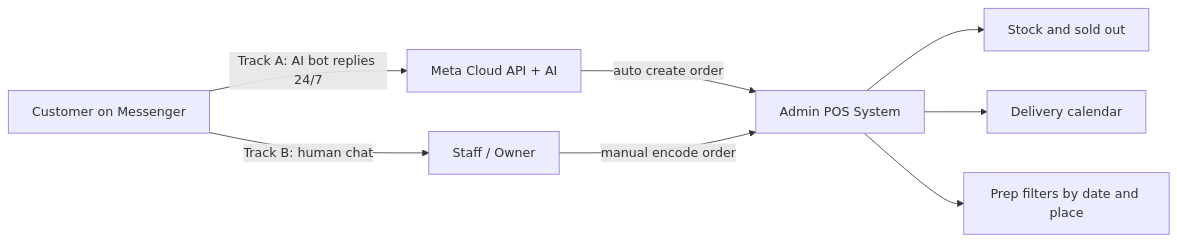
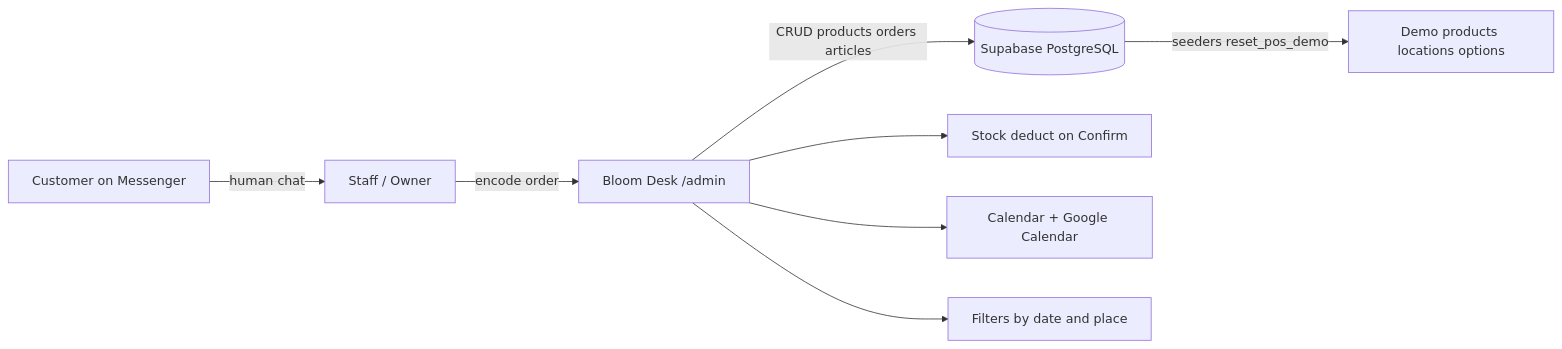
Before and after one commit to Brian-K05/Bloom-Co.-Flowers: the diagram in docs/proposals/flower-shop-pos-messenger-proposal.md, drawn with Mermaid. The commit also changed other lines of this file and 21 other files, not shown here.

First line of the commit message:
Align Track B POS with Supabase seeders and refresh the proposal.

````diff
--- a/docs/proposals/flower-shop-pos-messenger-proposal.md
+++ b/docs/proposals/flower-shop-pos-messenger-proposal.md
@@ -30,14 +40,15 @@
 ```mermaid
 flowchart LR
   customer[Customer on Messenger]
   staff[Staff / Owner]
-  pos[Admin POS System]
+  pos[Bloom Desk /admin]
+  db[(Supabase PostgreSQL)]
 
-  customer -->|"Track A: AI bot replies 24/7"| meta[Meta Cloud API + AI]
-  meta -->|auto create order| pos
-  customer -->|"Track B: human chat"| staff
-  staff -->|manual encode order| pos
-  pos --> stock[Stock and sold out]
-  pos --> calendar[Delivery calendar]
-  pos --> prep[Prep filters by date and place]
+  customer -->|human chat| staff
+  staff -->|encode order| pos
+  pos -->|CRUD products orders articles| db
+  db -->|seeders reset_pos_demo| demo[Demo products locations options]
+  pos --> stock[Stock deduct on Confirm]
+  pos --> calendar[Calendar + Google Calendar]
+  pos --> prep[Filters by date and place]
 ```
````
